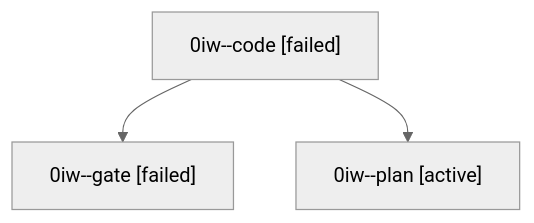
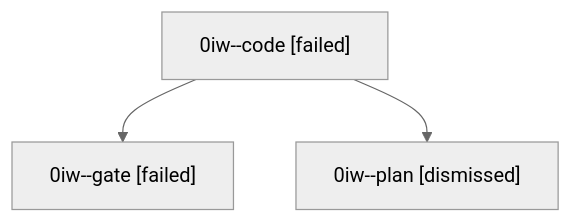
One commit to sase-org/sase--agents changed the diagram in sessions/bbugyi200.athena.0iw.md. Above: the diagram before and after it, drawn with Mermaid (neutral theme). The commit also changed other lines of this file and 43 other files, not shown here.

````diff
--- a/sessions/bbugyi200.athena.0iw.md
+++ b/sessions/bbugyi200.athena.0iw.md
@@ -9,8 +9,8 @@
 ```mermaid
 flowchart TD
   n0["0iw--code [failed]"]
   n1["0iw--gate [failed]"]
   n0 --> n1
-  n2["0iw--plan [active]"]
+  n2["0iw--plan [dismissed]"]
   n0 --> n2
 ```
````
